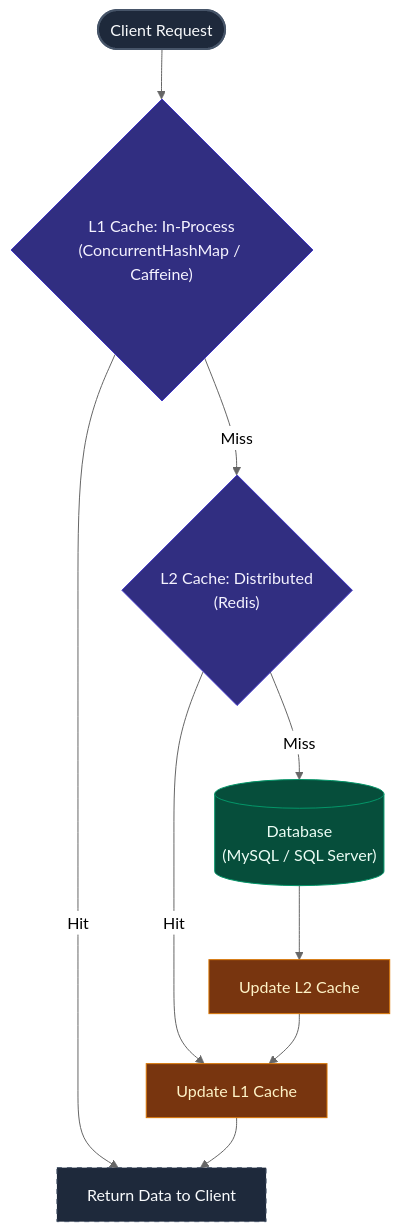
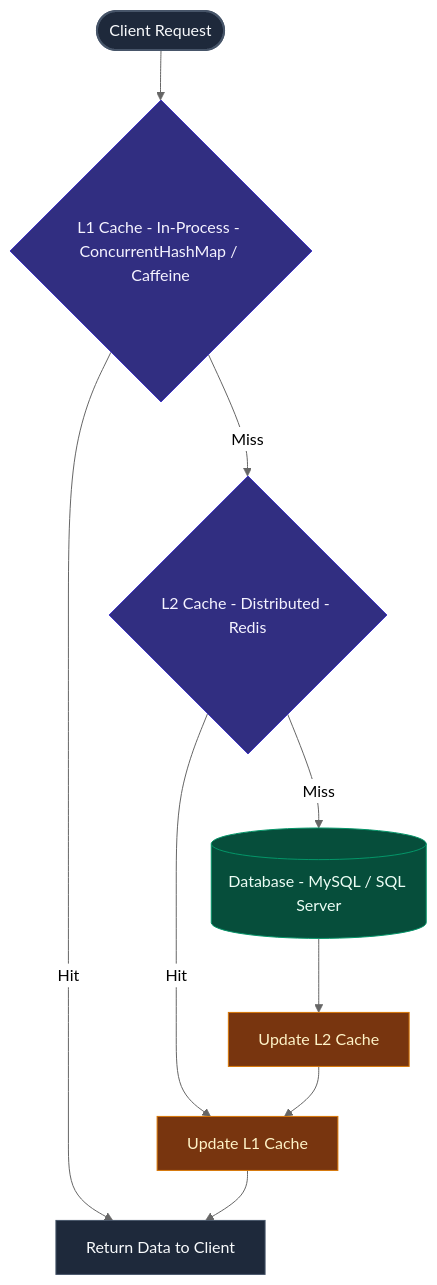
Before and after one commit to SaiTeja301/My_Interview_Preparation: diagram 16 of 19 in Java_jdbc_hibernate_SpringBoot/analysis/Java_Analysis.md, drawn with Mermaid (neutral theme). The commit also changed other lines of this file, not shown here.

Commit message:
docs(java): audit core chapters and optimize 19 Mermaid diagrams for light/dark theme contrast

````diff
--- a/Java_jdbc_hibernate_SpringBoot/analysis/Java_Analysis.md
+++ b/Java_jdbc_hibernate_SpringBoot/analysis/Java_Analysis.md
@@ -1262,23 +2077,23 @@
 ```mermaid
-graph TD
-    Client(["Client Request"]) --> L1{"L1 Cache: In-Process<br>(ConcurrentHashMap / Caffeine)"}
+flowchart TD
+    Client(["Client Request"]) --> L1{"L1 Cache - In-Process - ConcurrentHashMap / Caffeine"}
     L1 -->|Hit| ReturnClient["Return Data to Client"]
-    L1 -->|Miss| L2{"L2 Cache: Distributed<br>(Redis)"}
+    L1 -->|Miss| L2{"L2 Cache - Distributed - Redis"}
 
     L2 -->|Hit| UpdateL1["Update L1 Cache"] --> ReturnClient
-    L2 -->|Miss| DB[("Database<br>(MySQL / SQL Server)")]
+    L2 -->|Miss| DB[("Database - MySQL / SQL Server")]
 
     DB --> UpdateL2["Update L2 Cache"] --> UpdateL1
 
     classDef clientNode fill:#1E293B,stroke:#475569,color:#F8FAFC,stroke-width:2px;
     classDef cacheNode fill:#312E81,stroke:#4338CA,color:#F5F3FF,stroke-width:1px;
     classDef dbNode fill:#064E3B,stroke:#059669,color:#ECFDF5,stroke-width:1px;
     classDef updateNode fill:#78350F,stroke:#D97706,color:#FEF3C7,stroke-width:1px;
-    classDef returnNode fill:#1E293B,stroke:#475569,color:#F8FAFC,stroke-dasharray: 5 5;
+    classDef returnNode fill:#1E293B,stroke:#475569,color:#F8FAFC,stroke-width:1px;
 
     class Client clientNode;
     class L1,L2 cacheNode;
     class DB dbNode;
     class UpdateL1,UpdateL2 updateNode;
     class ReturnClient returnNode;
 ```
````
